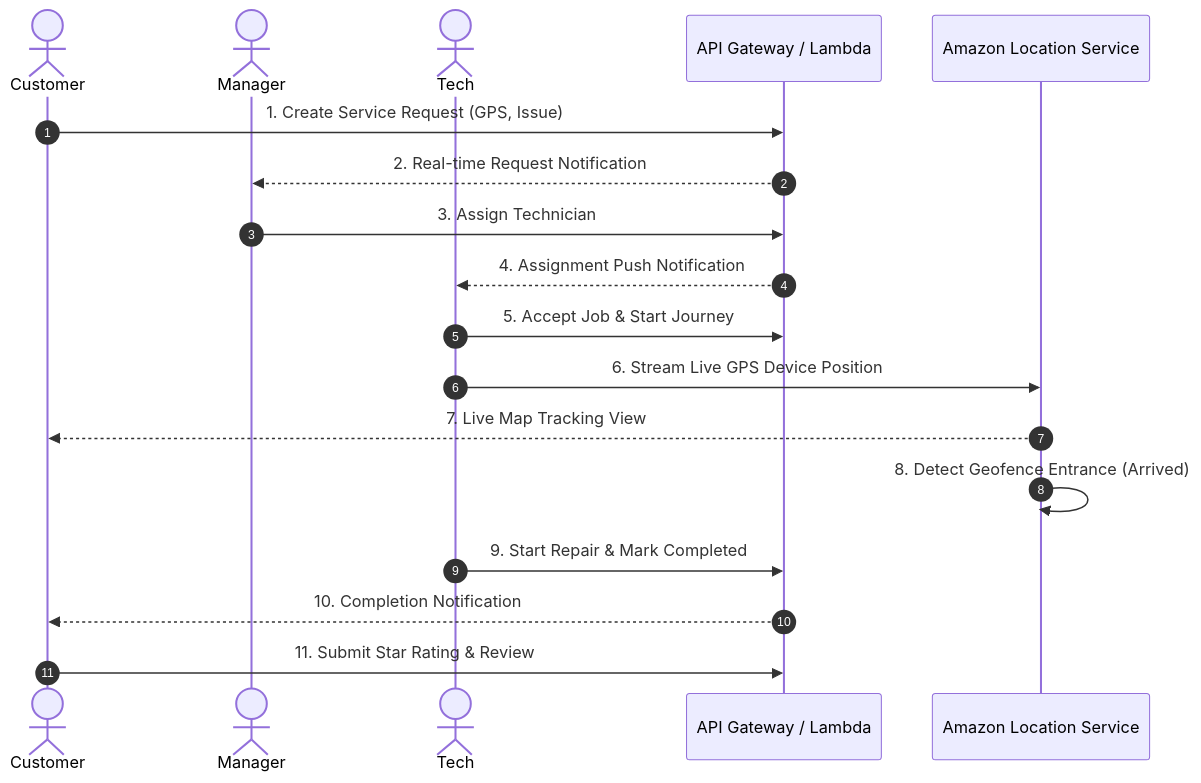
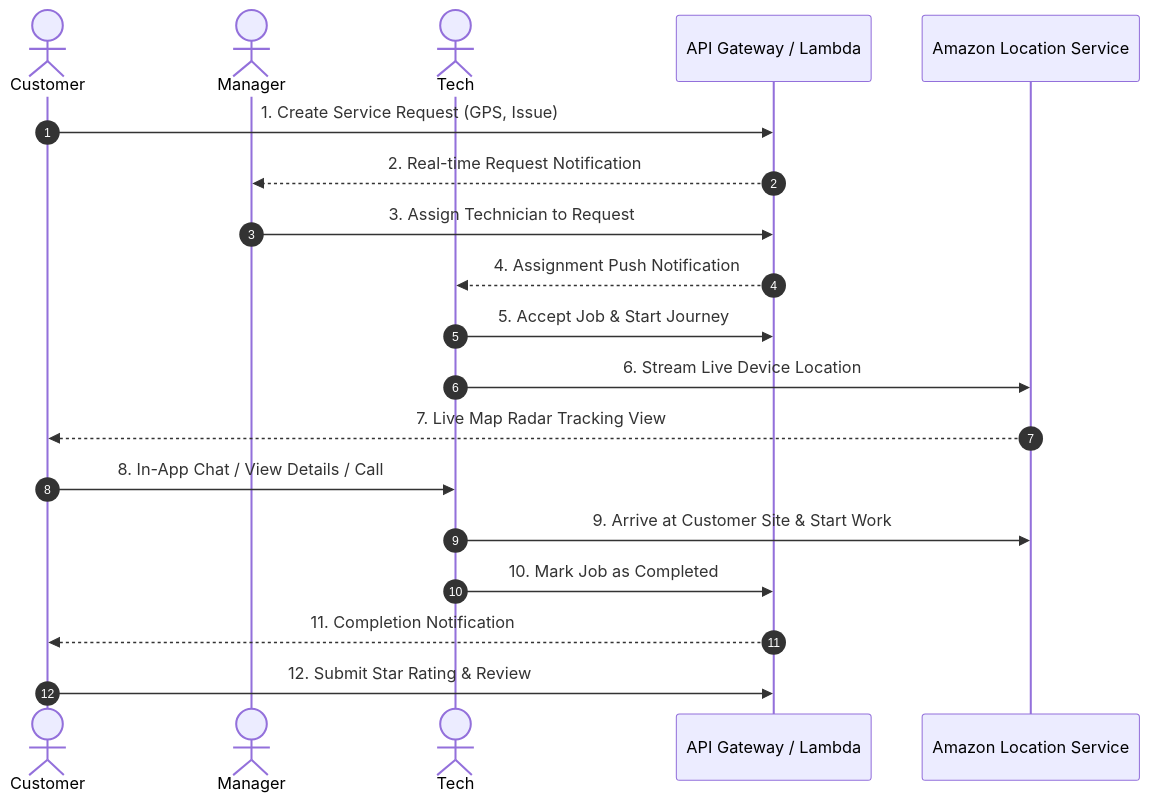
Before and after one commit to KAVATIJOHNSHREYAN/AWS_HACKATHON_TEAM_PROJECT: the fourth of 4 diagrams in FLOWCHARTS.md, drawn with Mermaid. The commit also changed other lines of this file and 1 other file, not shown here.

Commit message:
Update README and FLOWCHARTS documentation for multi-page RBAC, Customer actions, and SW v3

````diff
--- a/FLOWCHARTS.md
+++ b/FLOWCHARTS.md
@@ -109,21 +115,22 @@
 ```mermaid
 sequenceDiagram
     autonumber
     actor Customer
     actor Manager
     actor Tech
     participant API as API Gateway / Lambda
     participant Loc as Amazon Location Service
 
     Customer->>API: 1. Create Service Request (GPS, Issue)
     API-->>Manager: 2. Real-time Request Notification
-    Manager->>API: 3. Assign Technician
+    Manager->>API: 3. Assign Technician to Request
     API-->>Tech: 4. Assignment Push Notification
     Tech->>API: 5. Accept Job & Start Journey
-    Tech->>Loc: 6. Stream Live GPS Device Position
-    Loc-->>Customer: 7. Live Map Tracking View
-    Loc->>Loc: 8. Detect Geofence Entrance (Arrived)
-    Tech->>API: 9. Start Repair & Mark Completed
-    API-->>Customer: 10. Completion Notification
-    Customer->>API: 11. Submit Star Rating & Review
+    Tech->>Loc: 6. Stream Live Device Location
+    Loc-->>Customer: 7. Live Map Radar Tracking View
+    Customer->>Tech: 8. In-App Chat / View Details / Call
+    Tech->>Loc: 9. Arrive at Customer Site & Start Work
+    Tech->>API: 10. Mark Job as Completed
+    API-->>Customer: 11. Completion Notification
+    Customer->>API: 12. Submit Star Rating & Review
 ```
````
